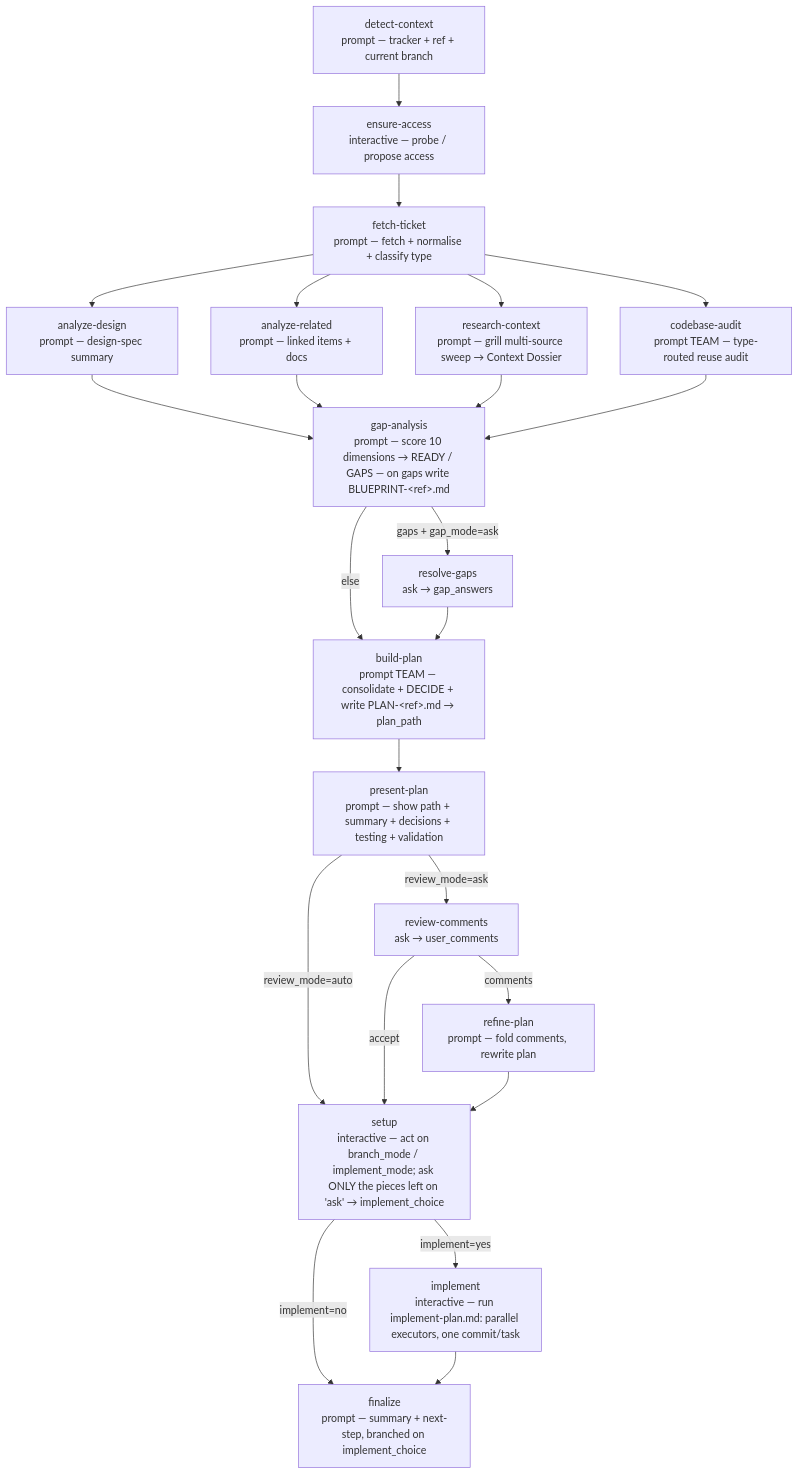
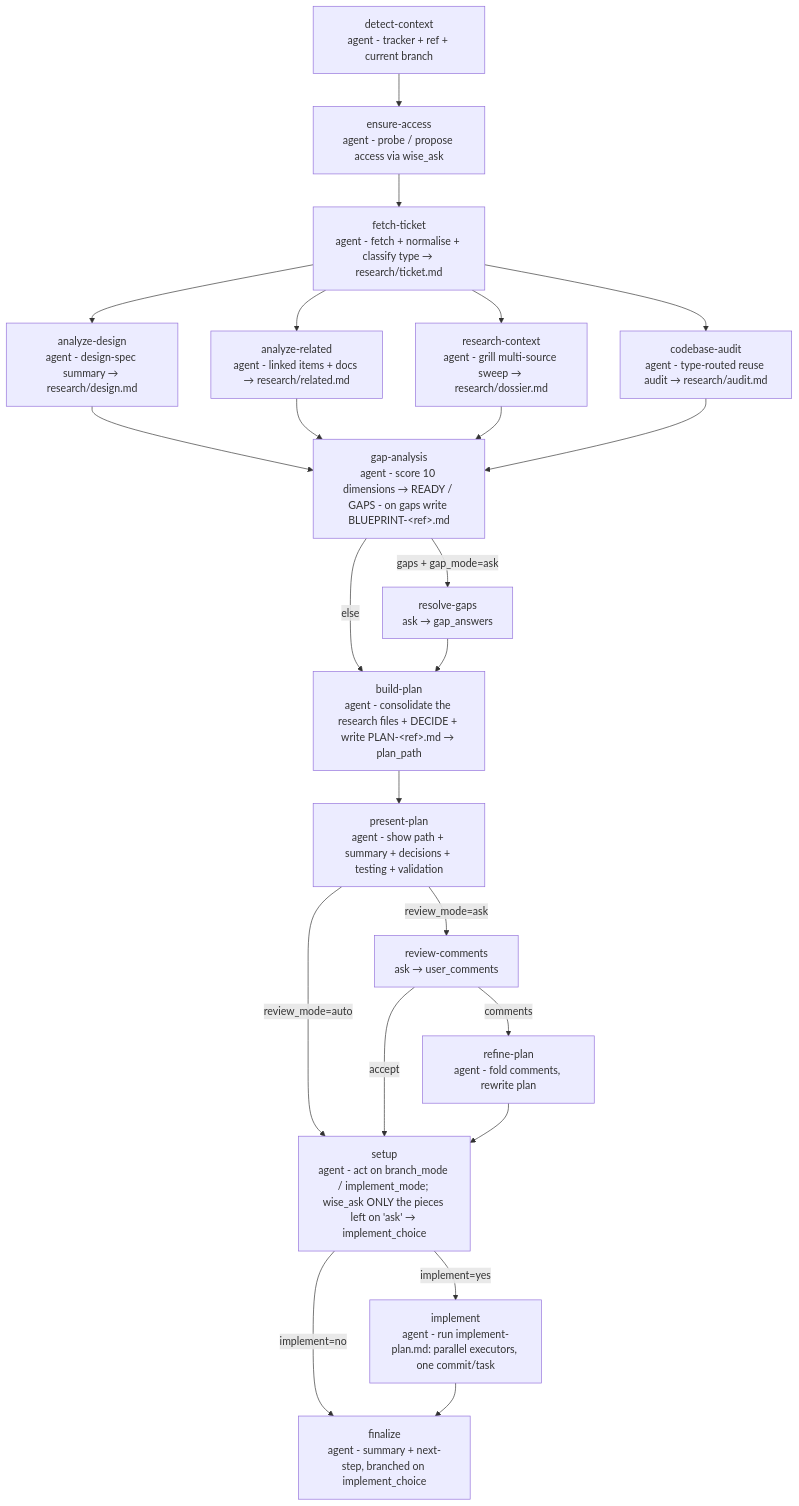
Before and after one commit to e1024kb/wise-claude: the diagram in plugins/wise/workflows/ticket-plan/README.md, drawn with Mermaid. The commit also changed other lines of this file and 187 other files, not shown here.

````diff
--- a/plugins/wise/workflows/ticket-plan/README.md
+++ b/plugins/wise/workflows/ticket-plan/README.md
@@ -65,25 +74,25 @@
 ```mermaid
 flowchart TD
-    T[detect-context<br/>prompt — tracker + ref + current branch] --> X[ensure-access<br/>interactive — probe / propose access]
-    X --> A[fetch-ticket<br/>prompt — fetch + normalise + classify type]
-    A --> C[analyze-design<br/>prompt — design-spec summary]
-    A --> D[analyze-related<br/>prompt — linked items + docs]
-    A --> RCx[research-context<br/>prompt — grill multi-source sweep → Context Dossier]
-    A --> E[codebase-audit<br/>prompt TEAM — type-routed reuse audit]
-    C --> G[gap-analysis<br/>prompt — score 10 dimensions → READY / GAPS — on gaps write BLUEPRINT-&lt;ref&gt;.md]
+    T[detect-context<br/>agent - tracker + ref + current branch] --> X[ensure-access<br/>agent - probe / propose access via wise_ask]
+    X --> A[fetch-ticket<br/>agent - fetch + normalise + classify type → research/ticket.md]
+    A --> C[analyze-design<br/>agent - design-spec summary → research/design.md]
+    A --> D[analyze-related<br/>agent - linked items + docs → research/related.md]
+    A --> RCx[research-context<br/>agent - grill multi-source sweep → research/dossier.md]
+    A --> E[codebase-audit<br/>agent - type-routed reuse audit → research/audit.md]
+    C --> G[gap-analysis<br/>agent - score 10 dimensions → READY / GAPS - on gaps write BLUEPRINT-&lt;ref&gt;.md]
     D --> G
     RCx --> G
     E --> G
     G -->|gaps + gap_mode=ask| RG[resolve-gaps<br/>ask → gap_answers]
     G -->|else| B
-    RG --> B[build-plan<br/>prompt TEAM — consolidate + DECIDE + write PLAN-&lt;ref&gt;.md → plan_path]
-    B --> P[present-plan<br/>prompt — show path + summary + decisions + testing + validation]
+    RG --> B[build-plan<br/>agent - consolidate the research files + DECIDE + write PLAN-&lt;ref&gt;.md → plan_path]
+    B --> P[present-plan<br/>agent - show path + summary + decisions + testing + validation]
     P -->|review_mode=ask| RC[review-comments<br/>ask → user_comments]
     P -->|review_mode=auto| S
-    RC -->|comments| RF[refine-plan<br/>prompt — fold comments, rewrite plan]
+    RC -->|comments| RF[refine-plan<br/>agent - fold comments, rewrite plan]
     RC -->|accept| S
-    RF --> S[setup<br/>interactive — act on branch_mode / implement_mode; ask ONLY the pieces left on 'ask' → implement_choice]
-    S -->|implement=yes| IM[implement<br/>interactive — run implement-plan.md: parallel executors, one commit/task]
+    RF --> S[setup<br/>agent - act on branch_mode / implement_mode; wise_ask ONLY the pieces left on 'ask' → implement_choice]
+    S -->|implement=yes| IM[implement<br/>agent - run implement-plan.md: parallel executors, one commit/task]
     S -->|implement=no| FN
-    IM --> FN[finalize<br/>prompt — summary + next-step, branched on implement_choice]
+    IM --> FN[finalize<br/>agent - summary + next-step, branched on implement_choice]
 ```
````
